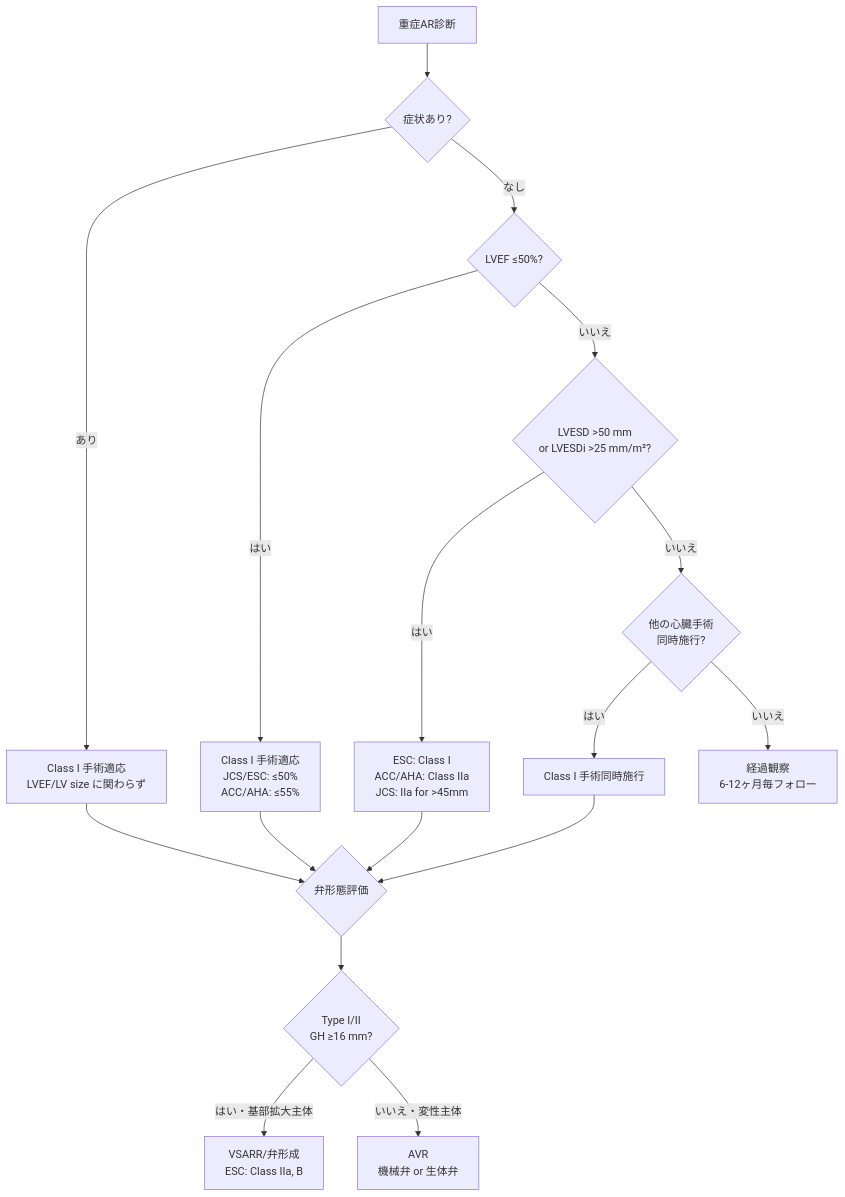
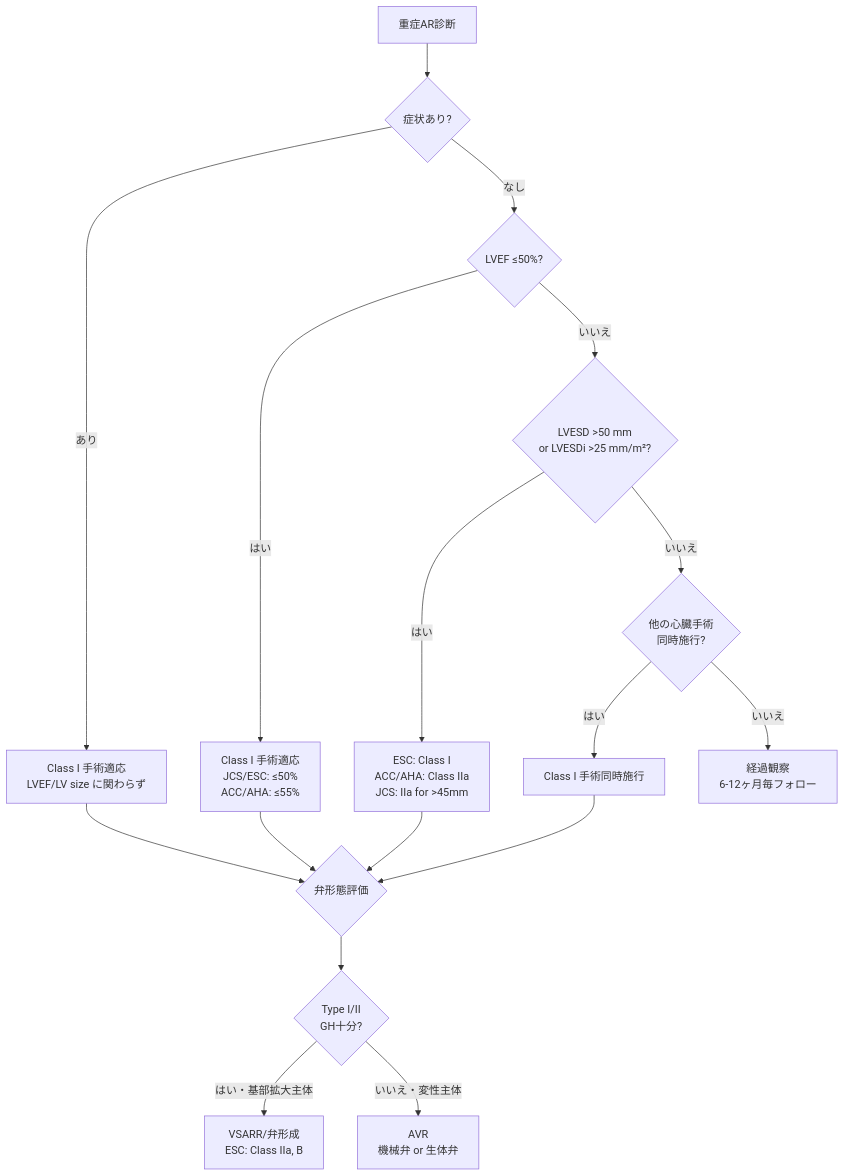
The diagram in AR_AVR/AR_Guidelines_Comparison.md (KTonai103/cardiac-surgery-guidelines), drawn with Mermaid before and after one commit. The commit also changed other lines of this file and 46 other files, not shown here.

````diff
--- a/AR_AVR/AR_Guidelines_Comparison.md
+++ b/AR_AVR/AR_Guidelines_Comparison.md
@@ -301,20 +301,20 @@
 ```mermaid
 graph TD
     A[重症AR診断] --> B{症状あり?}
     B -->|あり| C[Class I 手術適応<br>LVEF/LV size に関わらず]
     B -->|なし| D{LVEF ≤50%?}
     D -->|はい| E[Class I 手術適応<br>JCS/ESC: ≤50%<br>ACC/AHA: ≤55%]
     D -->|いいえ| F{LVESD >50 mm<br>or LVESDi >25 mm/m²?}
     F -->|はい| G[ESC: Class I<br>ACC/AHA: Class IIa<br>JCS: IIa for >45mm]
     F -->|いいえ| H{他の心臓手術<br>同時施行?}
     H -->|はい| I[Class I 手術同時施行]
     H -->|いいえ| J[経過観察<br>6-12ヶ月毎フォロー]
     
     C --> K{弁形態評価}
     E --> K
     G --> K
     I --> K
-    K --> L{Type I/II<br>GH ≥16 mm?}
+    K --> L{Type I/II<br>GH十分?}
     L -->|はい・基部拡大主体| M[VSARR/弁形成<br>ESC: Class IIa, B]
     L -->|いいえ・変性主体| N[AVR<br>機械弁 or 生体弁]
 ```
````
